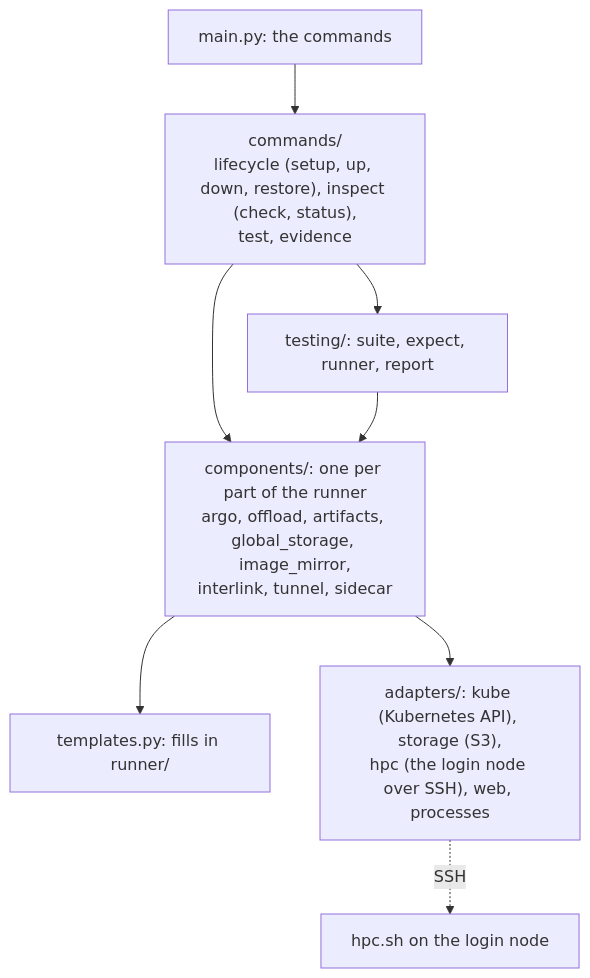
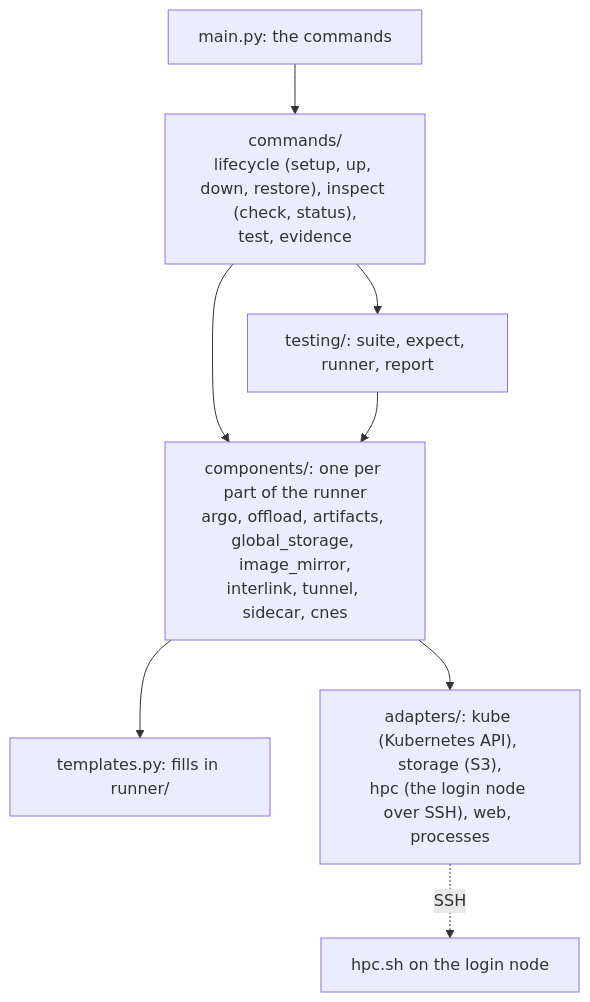
Before and after one commit to JoseCostaUni/PipelineRunner: the fifth of 5 diagrams in docs/architecture.md, drawn with Mermaid. The commit also changed 18 other files, not shown here.

````diff
--- a/docs/architecture.md
+++ b/docs/architecture.md
@@ -204,10 +204,10 @@
 ```mermaid
 flowchart TB
   MAIN["main.py: the commands"] --> CMD["commands/<br/>lifecycle (setup, up, down, restore), inspect (check, status),<br/>test, evidence"]
-  CMD --> COMP["components/: one per part of the runner<br/>argo, offload, artifacts, global_storage, image_mirror,<br/>interlink, tunnel, sidecar"]
+  CMD --> COMP["components/: one per part of the runner<br/>argo, offload, artifacts, global_storage, image_mirror,<br/>interlink, tunnel, sidecar, cnes"]
   CMD --> TEST["testing/: suite, expect, runner, report"]
   TEST --> COMP
   COMP --> TPL["templates.py: fills in runner/"]
   COMP --> AD["adapters/: kube (Kubernetes API), storage (S3),<br/>hpc (the login node over SSH), web, processes"]
   AD -. "SSH" .-> HPCSH["hpc.sh on the login node"]
 ```
````
